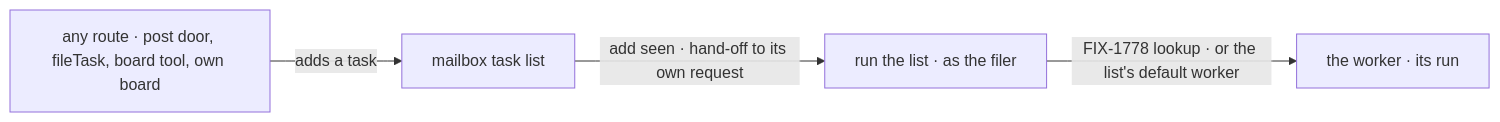
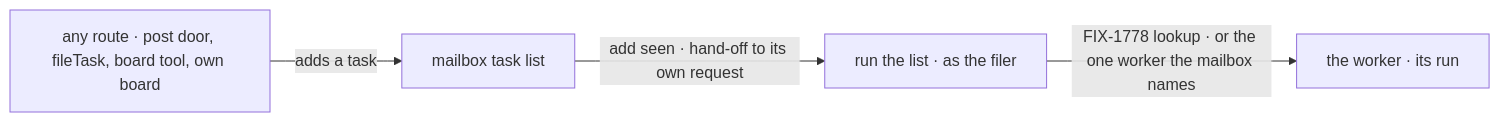
The second of 2 diagrams in specs/issues/FIX-1777/SPEC.md (fixpoint-labs/flow-state-dev), drawn with Mermaid before and after one commit. The commit also changed other lines of this file and 5 other files, not shown here.

First line of the commit message:
FIX-1777 spec: the mailbox names who works its list

````diff
--- a/specs/issues/FIX-1777/SPEC.md
+++ b/specs/issues/FIX-1777/SPEC.md
@@ -77,6 +90,6 @@
 ```mermaid
 flowchart LR
   R["any route · post door, fileTask, board tool, own board"] -->|"adds a task"| T["mailbox task list"]
   T -->|"add seen · hand-off to its own request"| W["run the list · as the filer"]
-  W -->|"FIX-1778 lookup · or the list's default worker"| K["the worker · its run"]
+  W -->|"FIX-1778 lookup · or the one worker the mailbox names"| K["the worker · its run"]
 ```
````
